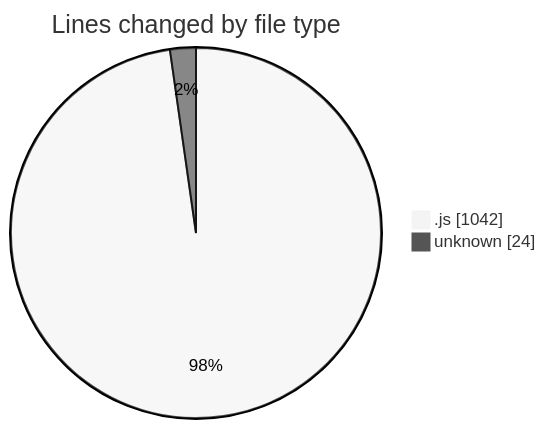
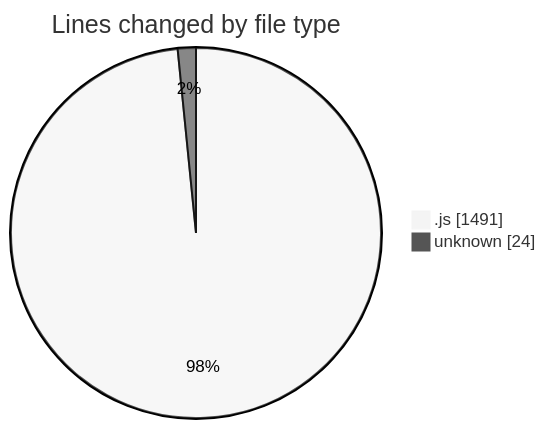
The first of 2 diagrams in 2025-02-04/cda/README.md (momahboobian/code-tracking), drawn with Mermaid (neutral theme) before and after one commit. The commit also changed other lines of this file and 1 other file, not shown here.

````diff
--- a/2025-02-04/cda/README.md
+++ b/2025-02-04/cda/README.md
@@ -24,6 +24,6 @@
 ```mermaid
 pie showData
 title Lines changed by file type
-".js" : 1042
+".js" : 1491
 "unknown" : 24
 ```
````
